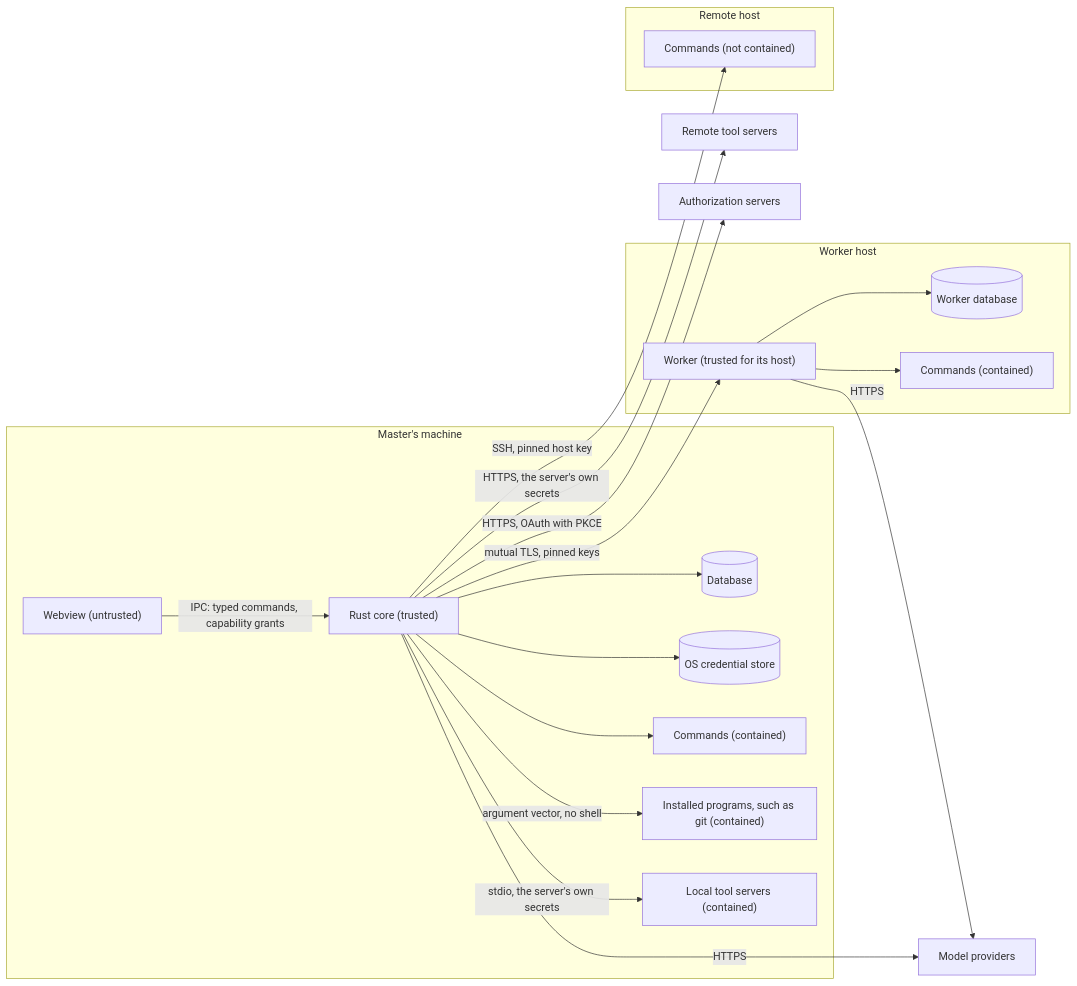
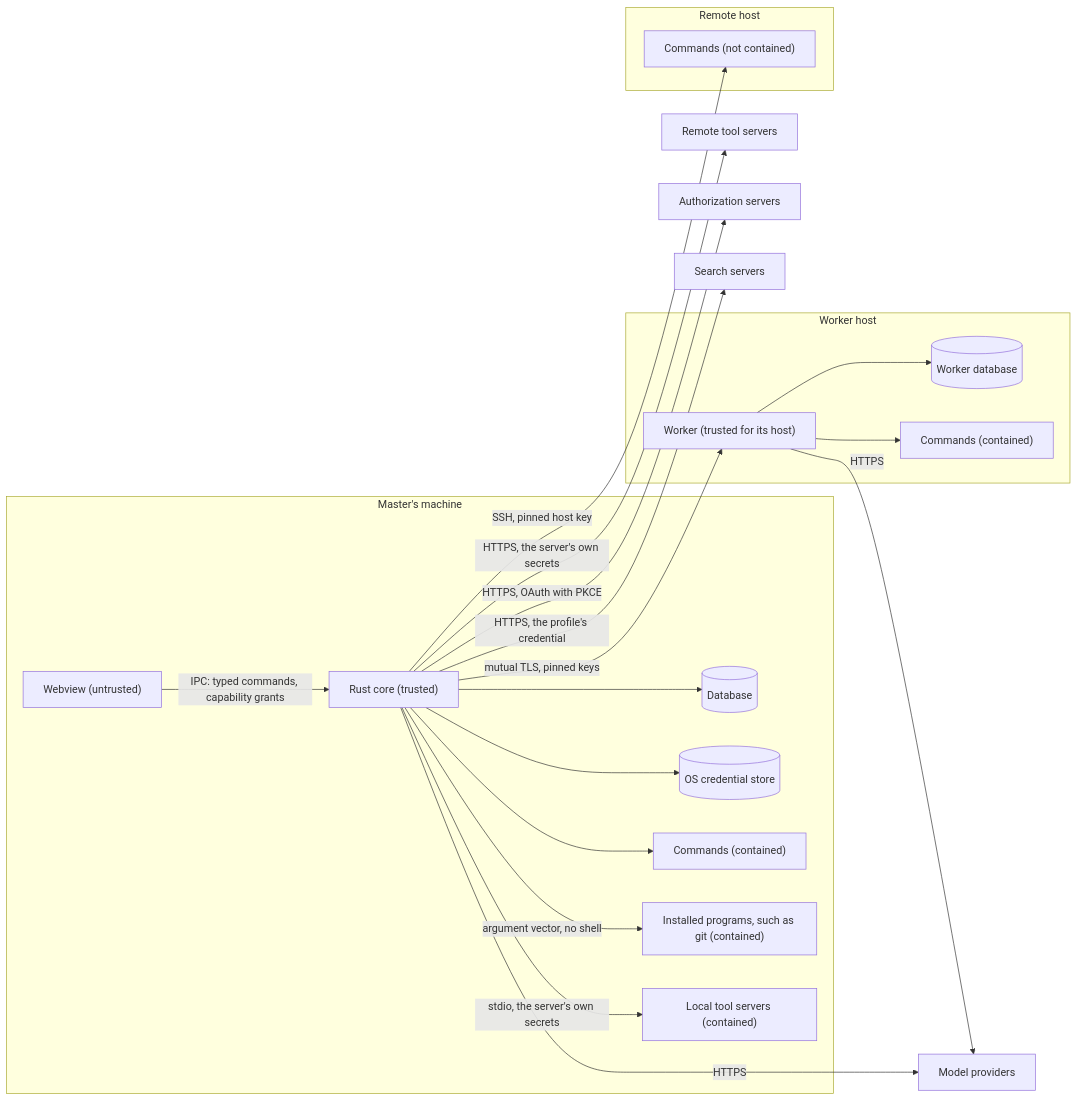
Before and after one commit to limbon2/mannie: the diagram in docs/architecture/security.md, drawn with Mermaid. The commit also changed other lines of this file and 274 other files, not shown here.

````diff
--- a/docs/architecture/security.md
+++ b/docs/architecture/security.md
@@ -56,37 +57,39 @@
 ```mermaid
 flowchart LR
   subgraph MasterMachine["Master's machine"]
     WV["Webview (untrusted)"]
     Core["Rust core (trusted)"]
     Store[("Database")]
     Keys[("OS credential store")]
     Cmd["Commands (contained)"]
     Prog["Installed programs, such as git (contained)"]
     Local["Local tool servers (contained)"]
   end
   subgraph Host["Worker host"]
     Wk["Worker (trusted for its host)"]
     WStore[("Worker database")]
     WCmd["Commands (contained)"]
   end
   subgraph Remote["Remote host"]
     RCmd["Commands (not contained)"]
   end
   Tool["Remote tool servers"]
   Auth["Authorization servers"]
   Prov["Model providers"]
+  Search["Search servers"]
   WV -- "IPC: typed commands, capability grants" --> Core
   Core --> Store
   Core --> Keys
   Core --> Cmd
   Core -- "argument vector, no shell" --> Prog
   Core -- "mutual TLS, pinned keys" --> Wk
   Core -- "SSH, pinned host key" --> RCmd
   Core -- "stdio, the server's own secrets" --> Local
   Core -- "HTTPS, the server's own secrets" --> Tool
   Core -- "HTTPS, OAuth with PKCE" --> Auth
   Wk --> WStore
   Wk --> WCmd
   Core -- HTTPS --> Prov
+  Core -- "HTTPS, the profile's credential" --> Search
   Wk -- HTTPS --> Prov
 ```
````
